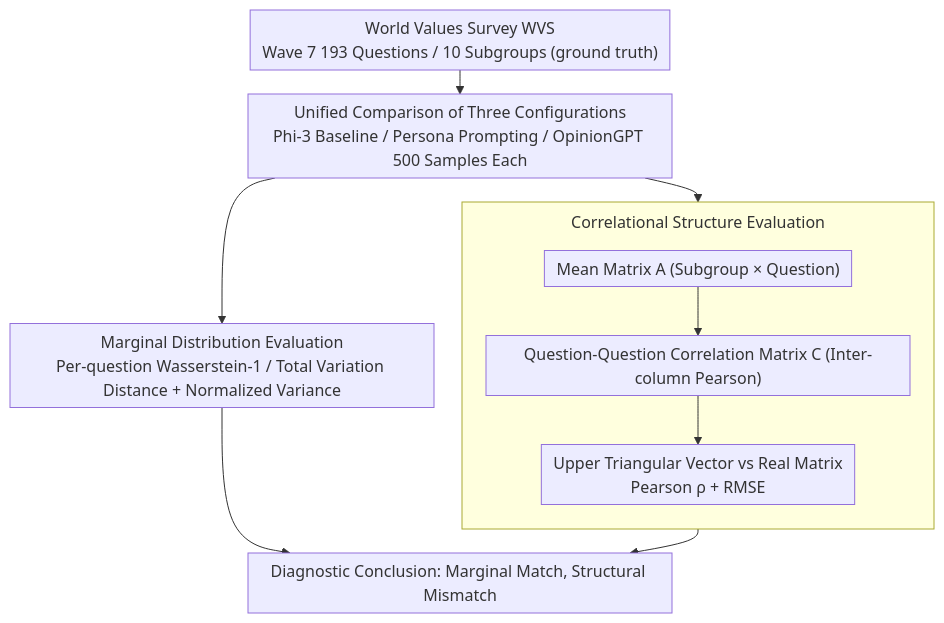
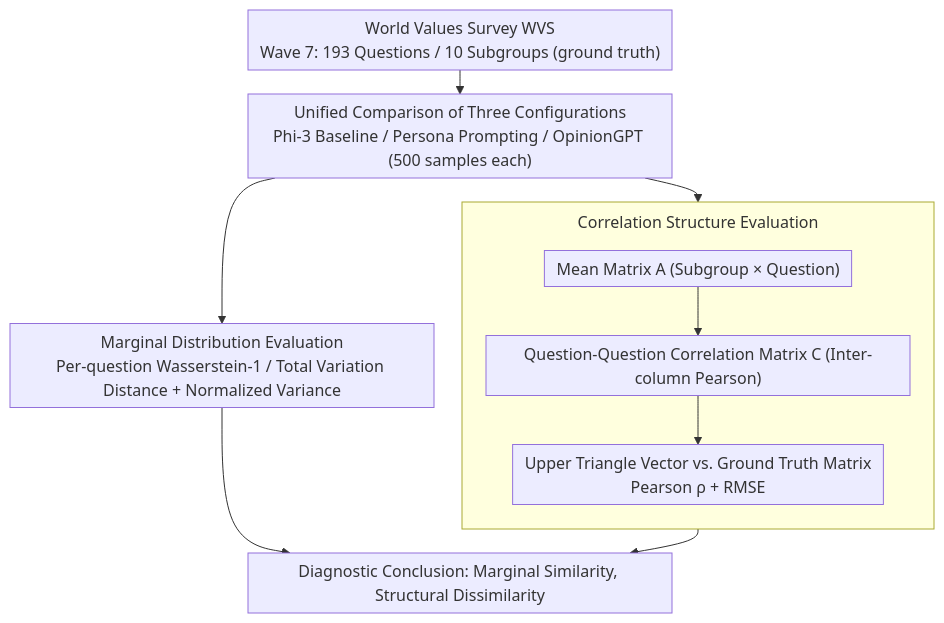
One commit to zhaoyang97/Paper-Notes-en changed the diagram in docs/ACL2026/llm_evaluation/beyond_marginal_distributions_a_framework_to_evaluate_the_representativeness_of_.md. Above: the diagram before and after it, drawn with Mermaid. The commit also changed other lines of this file and 5084 other files, not shown here.

````diff
--- a/docs/ACL2026/llm_evaluation/beyond_marginal_distributions_a_framework_to_evaluate_the_representativeness_of_.md
+++ b/docs/ACL2026/llm_evaluation/beyond_marginal_distributions_a_framework_to_evaluate_the_representativeness_of_.md
@@ -44,16 +44,16 @@
 ```mermaid
 %%{init: {'flowchart': {'rankSpacing': 24, 'nodeSpacing': 28, 'padding': 6, 'wrappingWidth': 400, 'subGraphTitleMargin': {'top': 8, 'bottom': 16}}}}%%
 flowchart TD
-    W["World Values Survey WVS<br/>Wave 7 193 Questions / 10 Subgroups (ground truth)"]
-    G["Unified Comparison of Three Configurations<br/>Phi-3 Baseline / Persona Prompting / OpinionGPT 500 Samples Each"]
+    W["World Values Survey WVS<br/>Wave 7: 193 Questions / 10 Subgroups (ground truth)"]
+    G["Unified Comparison of Three Configurations<br/>Phi-3 Baseline / Persona Prompting / OpinionGPT (500 samples each)"]
     W --> G
     G --> M["Marginal Distribution Evaluation<br/>Per-question Wasserstein-1 / Total Variation Distance + Normalized Variance"]
-    subgraph CORR["Correlational Structure Evaluation"]
+    subgraph CORR["Correlation Structure Evaluation"]
         direction TB
         A["Mean Matrix A (Subgroup × Question)"] --> C["Question-Question Correlation Matrix C (Inter-column Pearson)"]
-        C --> U["Upper Triangular Vector vs Real Matrix<br/>Pearson ρ + RMSE"]
+        C --> U["Upper Triangle Vector vs. Ground Truth Matrix<br/>Pearson ρ + RMSE"]
     end
     G --> CORR
-    M --> R["Diagnostic Conclusion: Marginal Match, Structural Mismatch"]
+    M --> R["Diagnostic Conclusion: Marginal Similarity, Structural Dissimilarity"]
     CORR --> R
 ```
````
